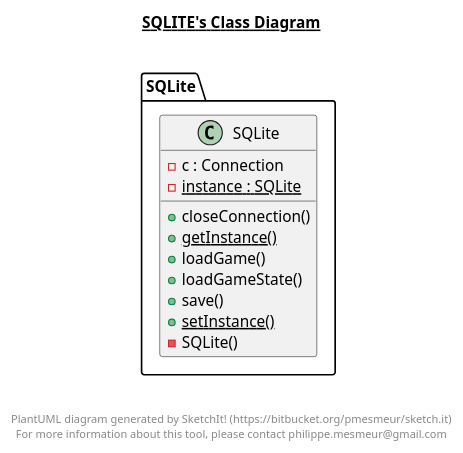
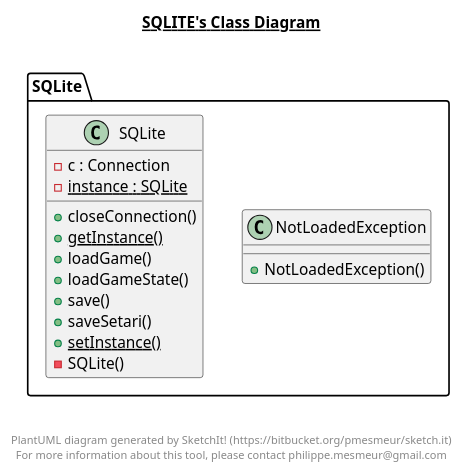
The diagram in out/production/_Proiect/SQLite/SQLite.plantuml (IulianMurariu-Tanasache/ProiectPAOO_FirstDungeon), drawn with PlantUML before and after one commit. The commit also changed 111 other files, not shown here.

```diff
--- a/out/production/_Proiect/SQLite/SQLite.plantuml
+++ b/out/production/_Proiect/SQLite/SQLite.plantuml
@@ -1,29 +1,37 @@
 @startuml
 
 title __SQLITE's Class Diagram__\n
+
+  namespace SQLite {
+    class SQLite.NotLoadedException {
+        + NotLoadedException()
+    }
+  }
+  
 
   namespace SQLite {
     class SQLite.SQLite {
         - c : Connection
         {static} - instance : SQLite
         + closeConnection()
         {static} + getInstance()
         + loadGame()
         + loadGameState()
         + save()
+        + saveSetari()
         {static} + setInstance()
         - SQLite()
     }
   }
   
 
 
 
 right footer
 
 
 PlantUML diagram generated by SketchIt! (https://bitbucket.org/pmesmeur/sketch.it)
 For more information about this tool, please contact philippe.mesmeur@gmail.com
 endfooter
 
 @enduml
```
